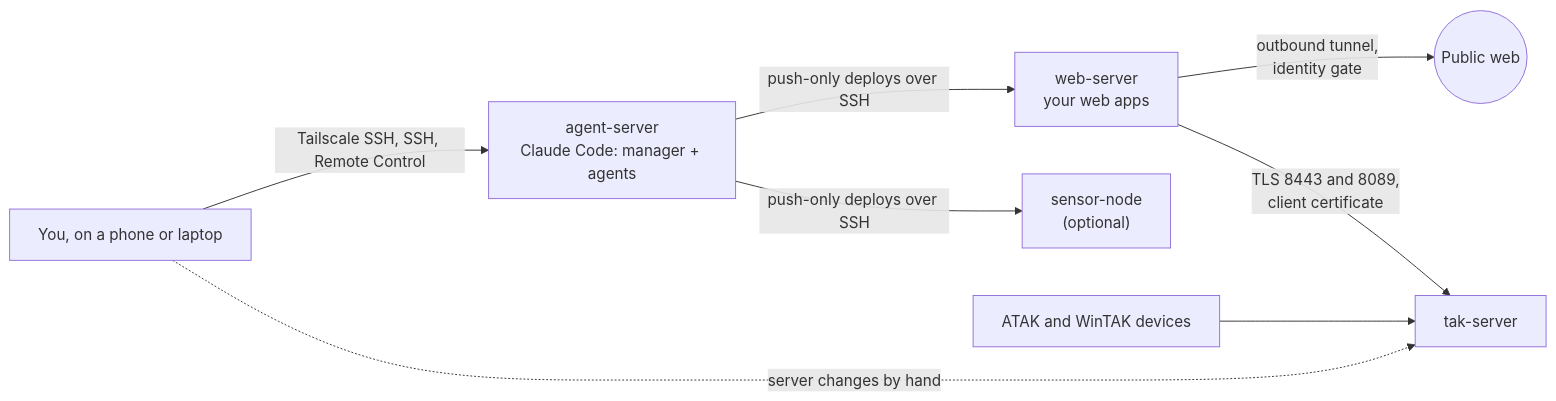
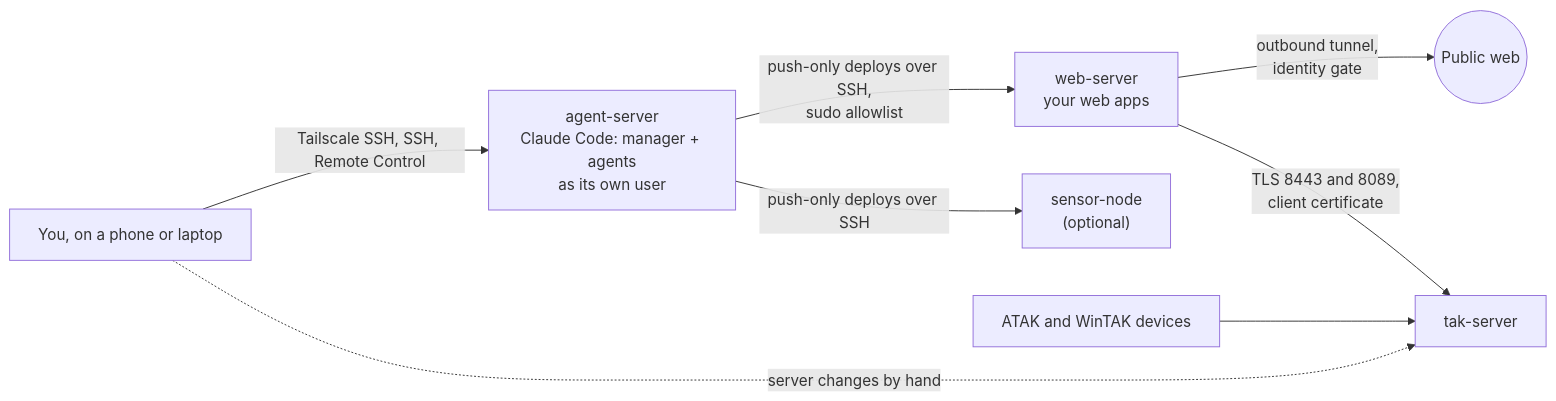
Before and after one commit to brackenjoe/agent-infrastructure: the diagram in docs/reference-build.md, drawn with Mermaid. The commit also changed other lines of this file and 36 other files, not shown here.

Commit message:
Overhaul: the agent as its own user, the GitHub side, no setup/

````diff
--- a/docs/reference-build.md
+++ b/docs/reference-build.md
@@ -17,10 +22,10 @@
 ```mermaid
 flowchart LR
-  you["You, on a phone or laptop"] -->|"Tailscale SSH, SSH, Remote Control"| agents["agent-server<br/>Claude Code: manager + agents"]
-  agents -->|"push-only deploys over SSH"| web["web-server<br/>your web apps"]
+  you["You, on a phone or laptop"] -->|"Tailscale SSH, SSH, Remote Control"| agents["agent-server<br/>Claude Code: manager + agents<br/>as its own user"]
+  agents -->|"push-only deploys over SSH,<br/>sudo allowlist"| web["web-server<br/>your web apps"]
   agents -->|"push-only deploys over SSH"| sensor["sensor-node<br/>(optional)"]
   web -->|"outbound tunnel,<br/>identity gate"| pub(("Public web"))
   web -->|"TLS 8443 and 8089,<br/>client certificate"| tak["tak-server"]
   eud["ATAK and WinTAK devices"] --> tak
   you -.->|"server changes by hand"| tak
 ```
````
